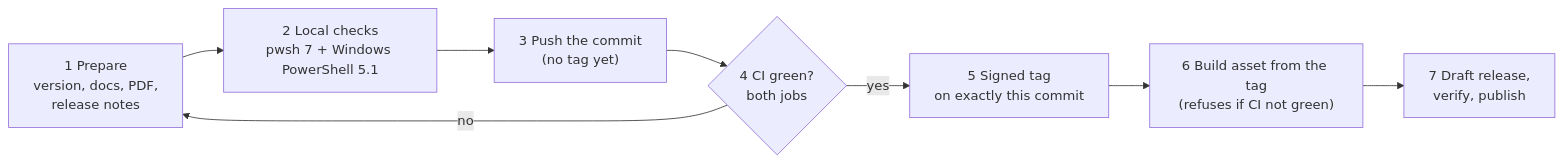
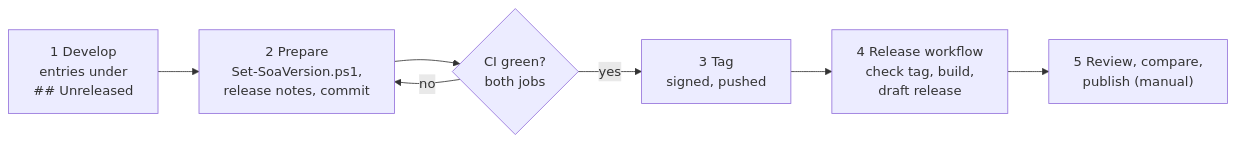
One commit to mayer-bautechnik/cloudsync-soa-toolkit changed the diagram in docs/RELEASING.md. Above: the diagram before and after it, drawn with Mermaid. The commit also changed other lines of this file and 34 other files, not shown here.

First line of the commit message:
Release 2.0.7: tag-driven release workflow, one-step versioning

````diff
--- a/docs/RELEASING.md
+++ b/docs/RELEASING.md
@@ -5,10 +5,9 @@
 ```mermaid
 flowchart LR
-    A["1 Prepare<br/>version, docs, PDF,<br/>release notes"] --> B["2 Local checks<br/>pwsh 7 + Windows PowerShell 5.1"]
-    B --> C["3 Push the commit<br/>(no tag yet)"]
-    C --> D{"4 CI green?<br/>both jobs"}
-    D -- no --> A
-    D -- yes --> E["5 Signed tag<br/>on exactly this commit"]
-    E --> F["6 Build asset from the tag<br/>(refuses if CI not green)"]
-    F --> G["7 Draft release,<br/>verify, publish"]
+    A["1 Develop<br/>entries under<br/>## Unreleased"] --> B["2 Prepare<br/>Set-SoaVersion.ps1,<br/>release notes, commit"]
+    B --> C{"CI green?<br/>both jobs"}
+    C -- no --> B
+    C -- yes --> D["3 Tag<br/>signed, pushed"]
+    D --> E["4 Release workflow<br/>check tag, build,<br/>draft release"]
+    E --> F["5 Review, compare,<br/>publish (manual)"]
 ```
````
